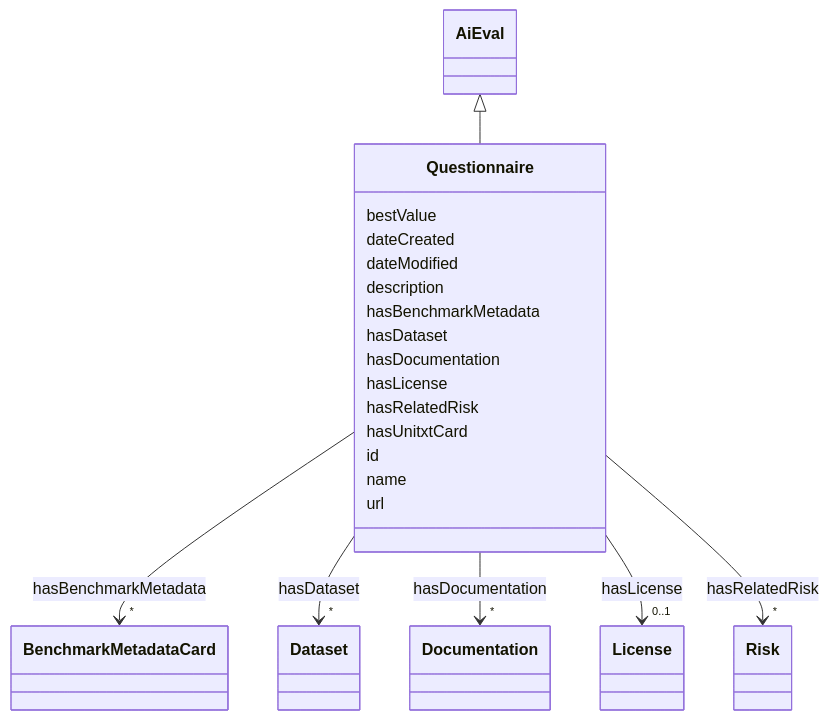
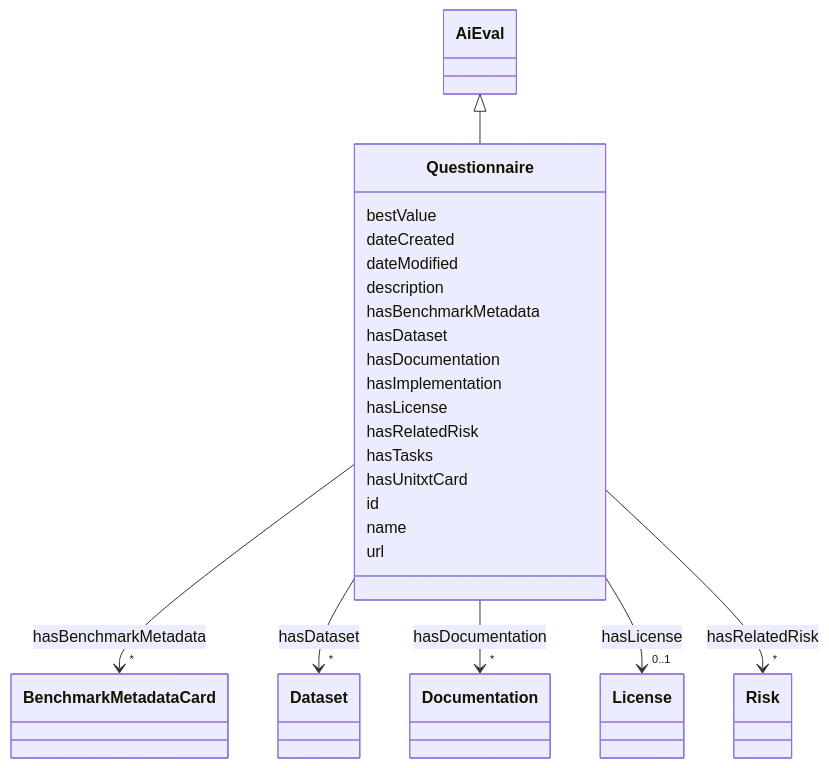
Before and after one commit to ingelise/risk-atlas-nexus: the diagram in docs/ontology/Questionnaire.md, drawn with Mermaid. The commit also changed other lines of this file and 57 other files, not shown here.

````diff
--- a/docs/ontology/Questionnaire.md
+++ b/docs/ontology/Questionnaire.md
@@ -19,70 +19,74 @@
 ```mermaid
  classDiagram
     class Questionnaire
     click Questionnaire href "../Questionnaire"
       AiEval <|-- Questionnaire
         click AiEval href "../AiEval"
       
       Questionnaire : bestValue
         
       Questionnaire : dateCreated
         
       Questionnaire : dateModified
         
       Questionnaire : description
         
       Questionnaire : hasBenchmarkMetadata
         
           
     
     
     Questionnaire --> "*" BenchmarkMetadataCard : hasBenchmarkMetadata
     click BenchmarkMetadataCard href "../BenchmarkMetadataCard"
 
         
       Questionnaire : hasDataset
         
           
     
     
     Questionnaire --> "*" Dataset : hasDataset
     click Dataset href "../Dataset"
 
         
       Questionnaire : hasDocumentation
         
           
     
     
     Questionnaire --> "*" Documentation : hasDocumentation
     click Documentation href "../Documentation"
 
         
+      Questionnaire : hasImplementation
+        
       Questionnaire : hasLicense
         
           
     
     
     Questionnaire --> "0..1" License : hasLicense
     click License href "../License"
 
         
       Questionnaire : hasRelatedRisk
         
           
     
     
     Questionnaire --> "*" Risk : hasRelatedRisk
     click Risk href "../Risk"
 
         
+      Questionnaire : hasTasks
+        
       Questionnaire : hasUnitxtCard
         
       Questionnaire : id
         
       Questionnaire : name
         
       Questionnaire : url
         
       
 ```
````
